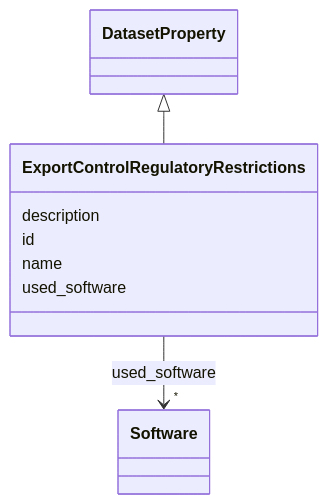
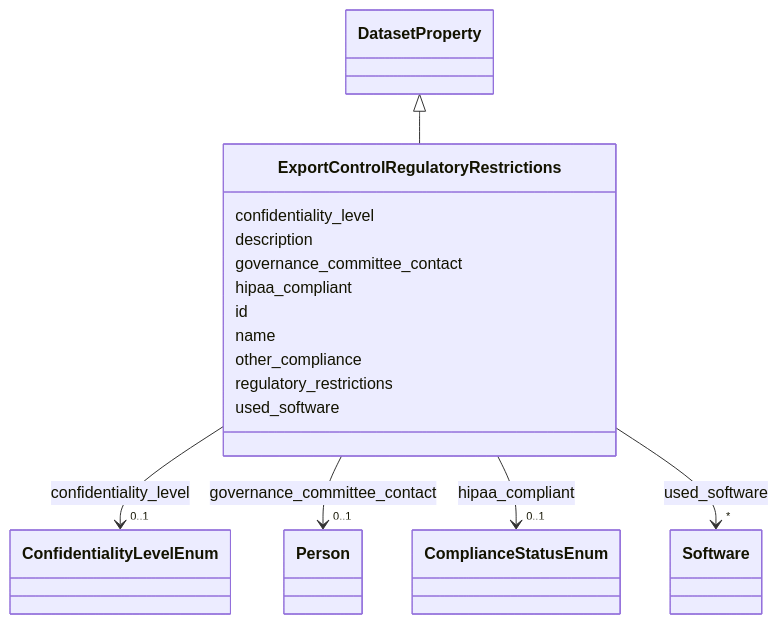
One commit to bridge2ai/data-sheets-schema changed the diagram in docs/ExportControlRegulatoryRestrictions.md. Above: the diagram before and after it, drawn with Mermaid. The commit also changed other lines of this file and 682 other files, not shown here.

````diff
--- a/docs/ExportControlRegulatoryRestrictions.md
+++ b/docs/ExportControlRegulatoryRestrictions.md
@@ -20,26 +20,63 @@
 ```mermaid
  classDiagram
     class ExportControlRegulatoryRestrictions
     click ExportControlRegulatoryRestrictions href "../ExportControlRegulatoryRestrictions/"
       DatasetProperty <|-- ExportControlRegulatoryRestrictions
         click DatasetProperty href "../DatasetProperty/"
       
+      ExportControlRegulatoryRestrictions : confidentiality_level
+        
+          
+    
+        
+        
+        ExportControlRegulatoryRestrictions --> "0..1" ConfidentialityLevelEnum : confidentiality_level
+        click ConfidentialityLevelEnum href "../ConfidentialityLevelEnum/"
+    
+
+        
       ExportControlRegulatoryRestrictions : description
+        
+      ExportControlRegulatoryRestrictions : governance_committee_contact
+        
+          
+    
+        
+        
+        ExportControlRegulatoryRestrictions --> "0..1" Person : governance_committee_contact
+        click Person href "../Person/"
+    
+
+        
+      ExportControlRegulatoryRestrictions : hipaa_compliant
+        
+          
+    
+        
+        
+        ExportControlRegulatoryRestrictions --> "0..1" ComplianceStatusEnum : hipaa_compliant
+        click ComplianceStatusEnum href "../ComplianceStatusEnum/"
+    
+
         
       ExportControlRegulatoryRestrictions : id
         
       ExportControlRegulatoryRestrictions : name
+        
+      ExportControlRegulatoryRestrictions : other_compliance
+        
+      ExportControlRegulatoryRestrictions : regulatory_restrictions
         
       ExportControlRegulatoryRestrictions : used_software
         
           
     
         
         
         ExportControlRegulatoryRestrictions --> "*" Software : used_software
         click Software href "../Software/"
     
 
         
       
 ```
````
